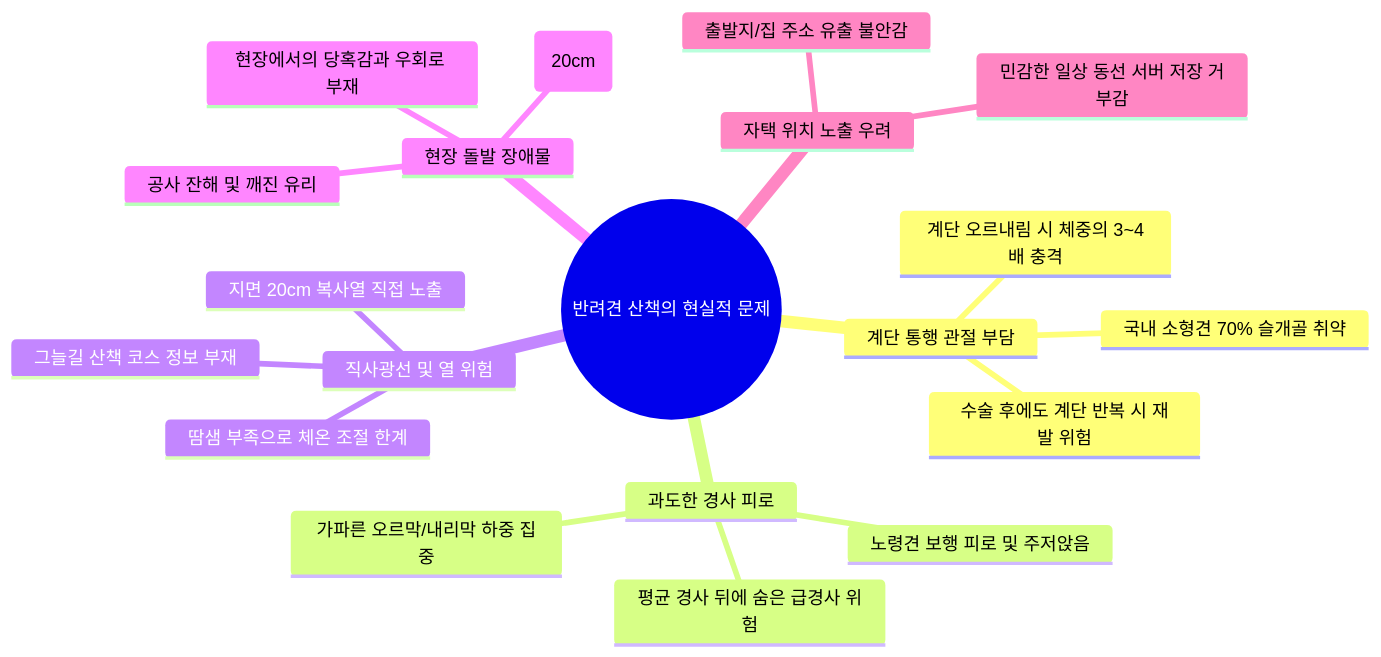
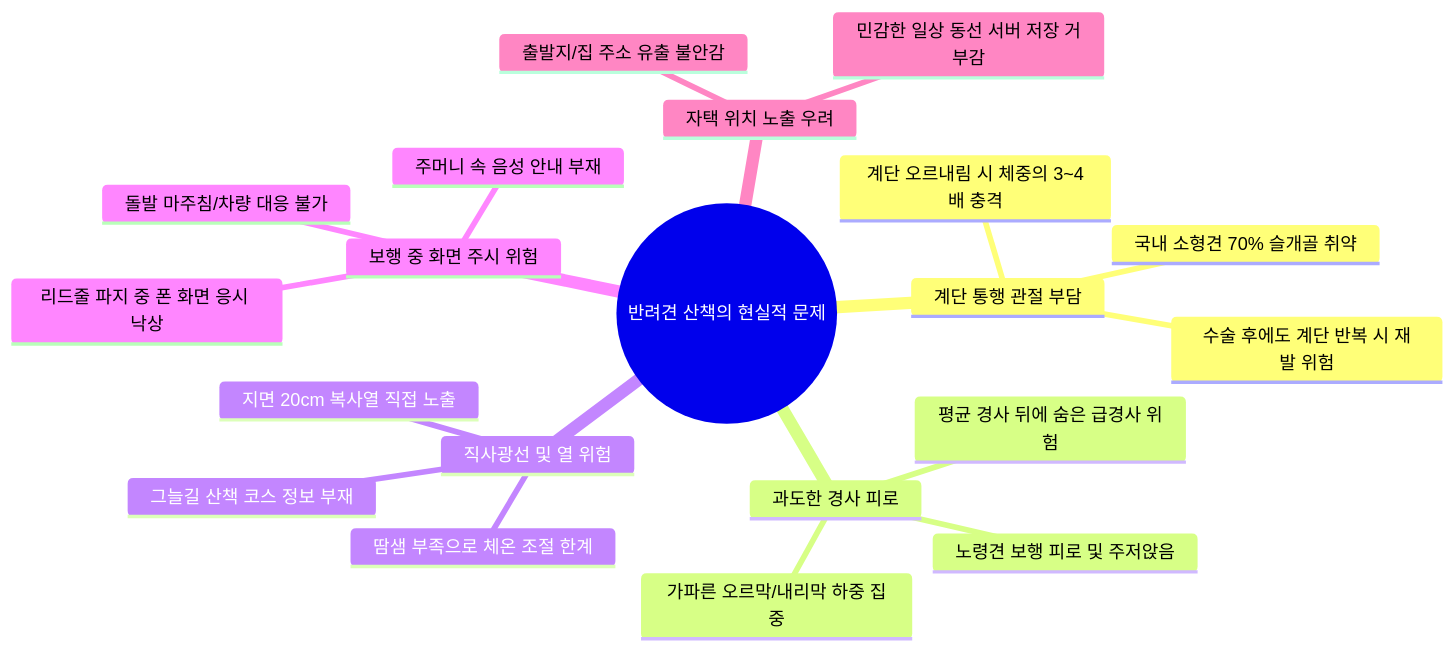
Before and after one commit to gigantess/PawTrail: the first of 3 diagrams in docs/07_PawTrail_Presentation_Pain_Points.md, drawn with Mermaid. The commit also changed other lines of this file and 7 other files, not shown here.

````diff
--- a/docs/07_PawTrail_Presentation_Pain_Points.md
+++ b/docs/07_PawTrail_Presentation_Pain_Points.md
@@ -32,23 +32,23 @@
 ```mermaid
 mindmap
   root((반려견 산책의 현실적 문제))
     계단 통행 관절 부담
       국내 소형견 70% 슬개골 취약
       계단 오르내림 시 체중의 3~4배 충격
       수술 후에도 계단 반복 시 재발 위험
     과도한 경사 피로
       가파른 오르막/내리막 하중 집중
       노령견 보행 피로 및 주저앉음
       평균 경사 뒤에 숨은 급경사 위험
     직사광선 및 열 위험
       지면 20cm 복사열 직접 노출
       땀샘 부족으로 체온 조절 한계
       그늘길 산책 코스 정보 부재
-    현장 돌발 장애물
-      예상치 못한 높은 턱(20cm)
-      공사 잔해 및 깨진 유리
-      현장에서의 당혹감과 우회로 부재
+    보행 중 화면 주시 위험
+      리드줄 파지 중 폰 화면 응시 낙상
+      돌발 마주침/차량 대응 불가
+      주머니 속 음성 안내 부재
     자택 위치 노출 우려
       출발지/집 주소 유출 불안감
       민감한 일상 동선 서버 저장 거부감
 ```
````
